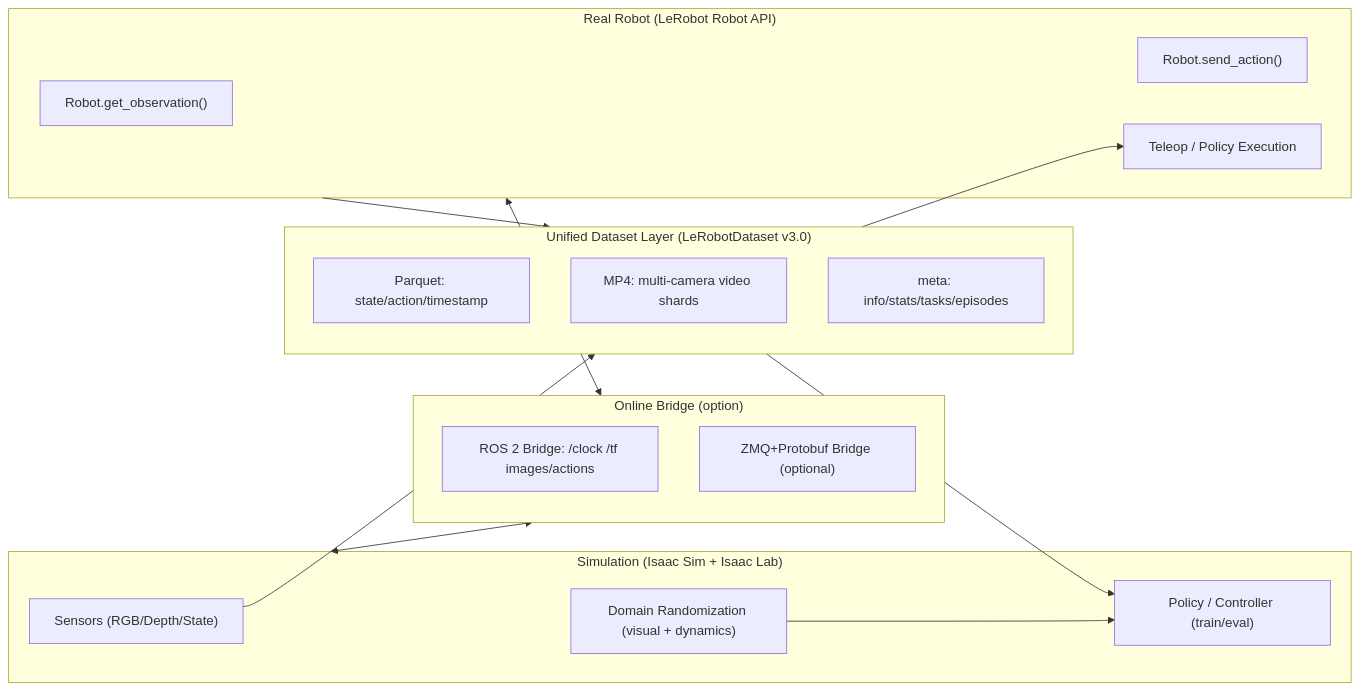
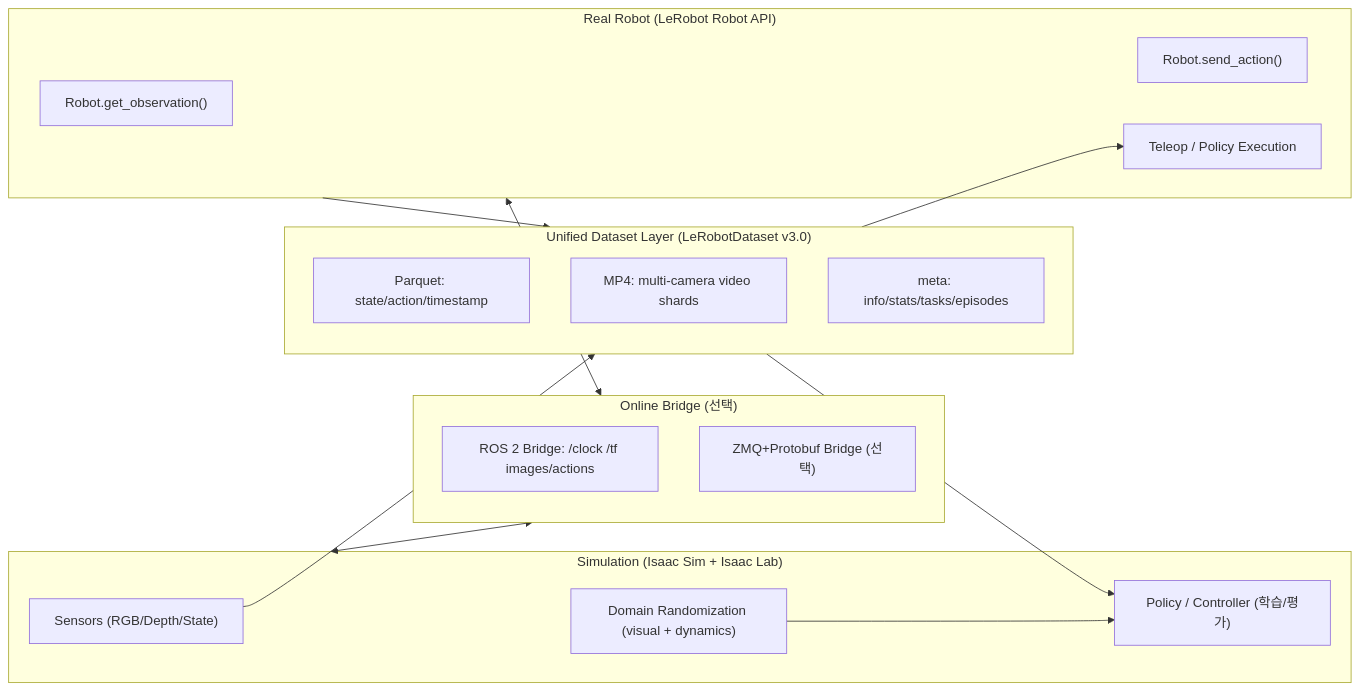
The second of 2 diagrams in readme.md (miracleagi-official/vla_curriculum), drawn with Mermaid before and after one commit. The commit also changed other lines of this file, not shown here.

````diff
--- a/readme.md
+++ b/readme.md
@@ -412,34 +414,34 @@
 ```mermaid
 flowchart LR
   subgraph SIM["Simulation (Isaac Sim + Isaac Lab)"]
     S1["Sensors (RGB/Depth/State)"]
-    S2["Policy / Controller (train/eval)"]
+    S2["Policy / Controller (학습/평가)"]
     S3["Domain Randomization (visual + dynamics)"]
   end
 
   subgraph DATA["Unified Dataset Layer (LeRobotDataset v3.0)"]
     D1["Parquet: state/action/timestamp"]
     D2["MP4: multi-camera video shards"]
     D3["meta: info/stats/tasks/episodes"]
   end
 
   subgraph REAL["Real Robot (LeRobot Robot API)"]
     R1["Robot.get_observation()"]
     R2["Robot.send_action()"]
     R3["Teleop / Policy Execution"]
   end
 
-  subgraph ONLINE["Online Bridge (option)"]
+  subgraph ONLINE["Online Bridge (선택)"]
     O1["ROS 2 Bridge: /clock /tf images/actions"]
-    O2["ZMQ+Protobuf Bridge (optional)"]
+    O2["ZMQ+Protobuf Bridge (선택)"]
   end
 
   S1 --> DATA
   REAL --> DATA
   DATA --> S2
   DATA --> R3
   S3 --> S2
 
   SIM <--> ONLINE
   REAL <--> ONLINE
 ```
````
